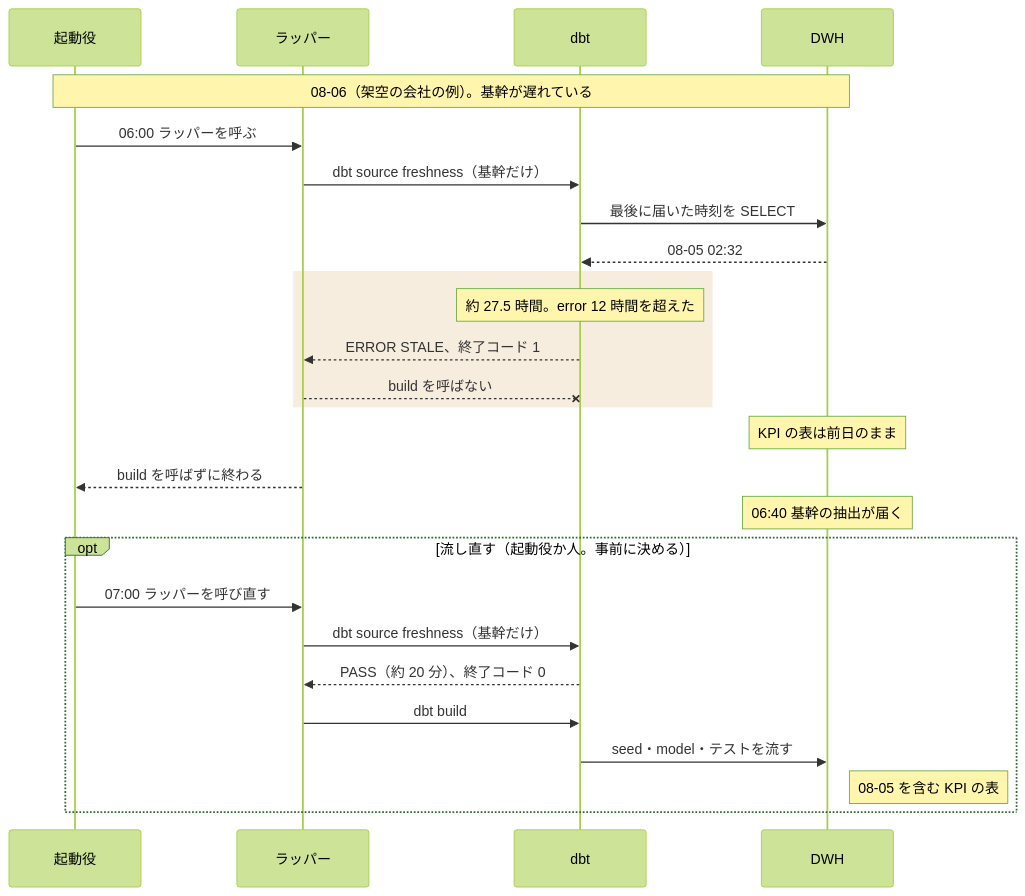
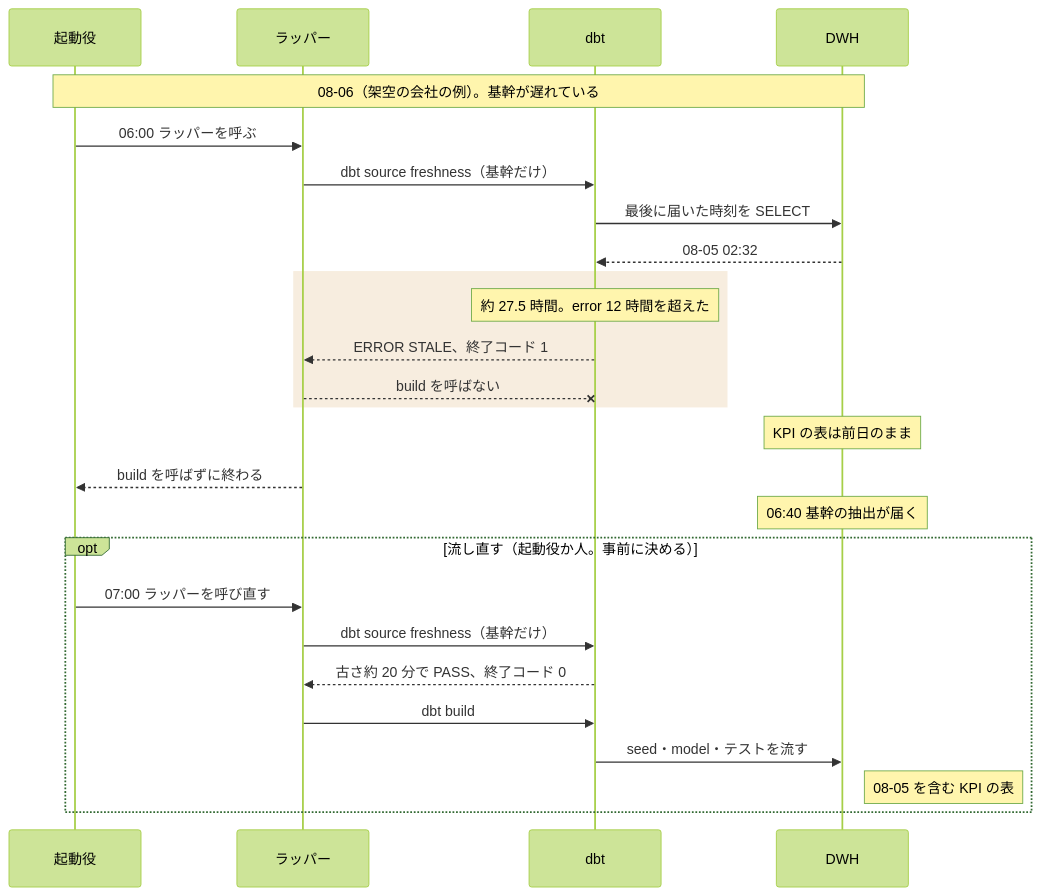
The third of 5 diagrams in articles/dbt-ep1-data-tests.md (e8dev-note/zenn-content), drawn with Mermaid (forest theme) before and after one commit. The commit also changed other lines of this file and 1 other file, not shown here.

Commit message:
Update draft: dbt-ep1-data-tests (published: false)

````diff
--- a/articles/dbt-ep1-data-tests.md
+++ b/articles/dbt-ep1-data-tests.md
@@ -426,28 +466,28 @@
 ```mermaid
 sequenceDiagram
   participant starter as 起動役
   participant wrapper as ラッパー
   participant dbt as dbt
   participant dwh as DWH
   Note over starter,dwh: 08-06（架空の会社の例）。基幹が遅れている
   starter->>wrapper: 06:00 ラッパーを呼ぶ
   wrapper->>dbt: dbt source freshness（基幹だけ）
   dbt->>dwh: 最後に届いた時刻を SELECT
   dwh-->>dbt: 08-05 02:32
   rect rgba(201, 133, 43, 0.15)
     Note over dbt: 約 27.5 時間。error 12 時間を超えた
     dbt-->>wrapper: ERROR STALE、終了コード 1
     wrapper--xdbt: build を呼ばない
   end
   Note over dwh: KPI の表は前日のまま
   wrapper-->>starter: build を呼ばずに終わる
   Note over dwh: 06:40 基幹の抽出が届く
   opt 流し直す（起動役か人。事前に決める）
     starter->>wrapper: 07:00 ラッパーを呼び直す
     wrapper->>dbt: dbt source freshness（基幹だけ）
-    dbt-->>wrapper: PASS（約 20 分）、終了コード 0
+    dbt-->>wrapper: 古さ約 20 分で PASS、終了コード 0
     wrapper->>dbt: dbt build
     dbt->>dwh: seed・model・テストを流す
     Note right of dwh: 08-05 を含む KPI の表
   end
 ```
````
